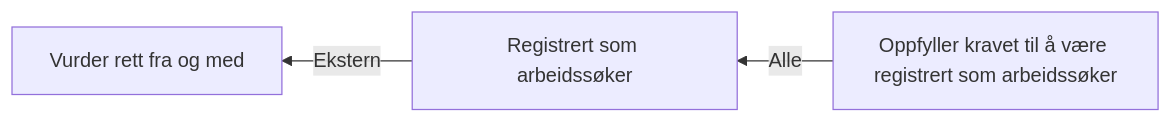
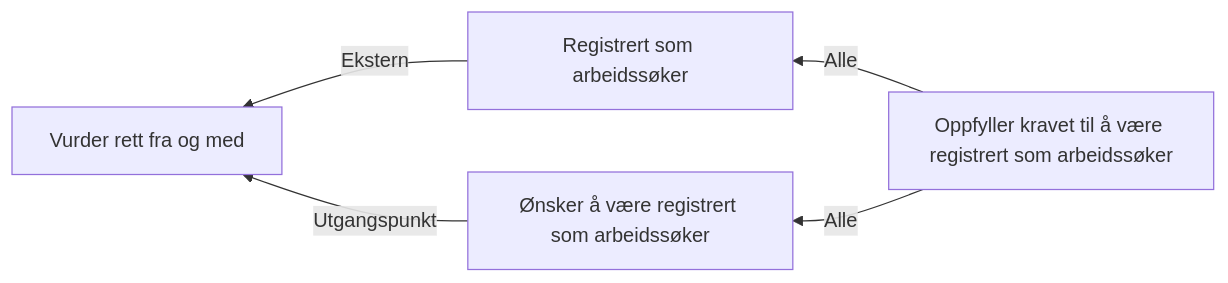
Before and after one commit to navikt/dp-behandling: the diagram in docs/regler/§ 4-5. Registrering som arbeidssøker.approved.md, drawn with Mermaid. The commit also changed 10 other files, not shown here.

First line of the commit message:
Lag egen betingelse om at bruker ønsker å stå registrert som arbeidssøker

````diff
--- a/docs/regler/§ 4-5. Registrering som arbeidssøker.approved.md
+++ b/docs/regler/§ 4-5. Registrering som arbeidssøker.approved.md
@@ -5,5 +5,7 @@
 ```mermaid
 graph RL
   A["Registrert som arbeidssøker"] -->|"Ekstern"| B["Vurder rett fra og med"]
-  C["Oppfyller kravet til å være registrert som arbeidssøker"] -->|"Alle"| A["Registrert som arbeidssøker"]
+  C["Ønsker å være registrert som arbeidssøker"] -->|"Utgangspunkt"| B["Vurder rett fra og med"]
+  D["Oppfyller kravet til å være registrert som arbeidssøker"] -->|"Alle"| A["Registrert som arbeidssøker"]
+  D["Oppfyller kravet til å være registrert som arbeidssøker"] -->|"Alle"| C["Ønsker å være registrert som arbeidssøker"]
 ```
````
